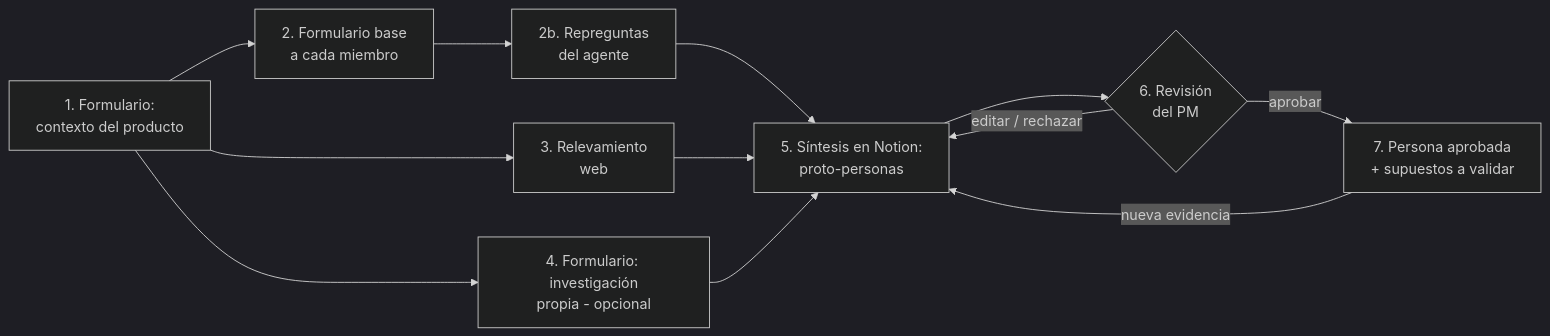
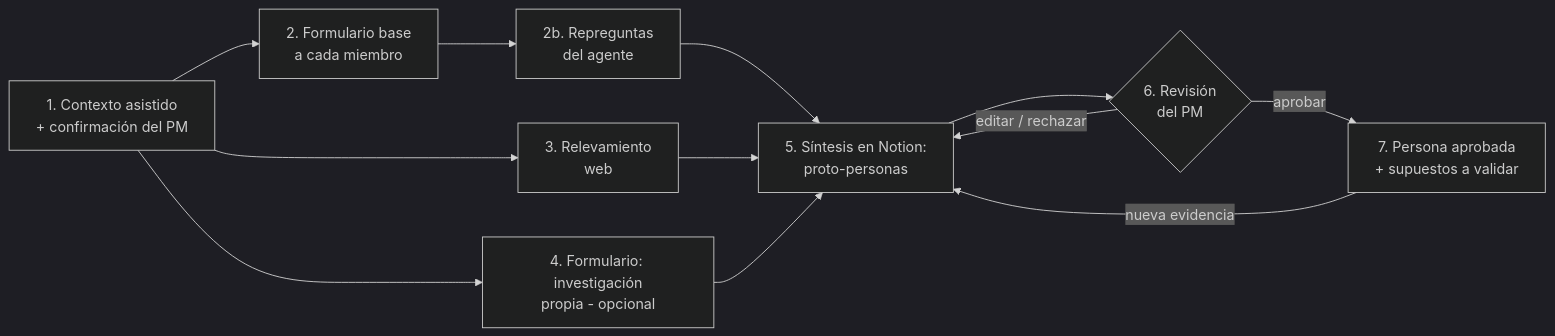
The second of 2 diagrams in README.md (abellatuf/User-Persona-Agente), drawn with Mermaid (dark theme) before and after one commit. The commit also changed other lines of this file, not shown here.

Commit message:
docs: Fase 3 - contexto asistido, prioridades y segundo caso de prueba

````diff
--- a/README.md
+++ b/README.md
@@ -213,14 +214,14 @@
 ```mermaid
 flowchart LR
-    A[1. Formulario:<br/>contexto del producto] --> B[2. Formulario base<br/>a cada miembro]
+    A[1. Contexto asistido<br/>+ confirmación del PM] --> B[2. Formulario base<br/>a cada miembro]
     B --> B2[2b. Repreguntas<br/>del agente]
     A --> C[3. Relevamiento<br/>web]
     A --> D[4. Formulario: investigación<br/>propia - opcional]
     B2 --> E[5. Síntesis en Notion:<br/>proto-personas]
     C --> E
     D --> E
     E --> F{6. Revisión<br/>del PM}
     F -- editar / rechazar --> E
     F -- aprobar --> G[7. Persona aprobada<br/>+ supuestos a validar]
     G -- nueva evidencia --> E
 ```
````
